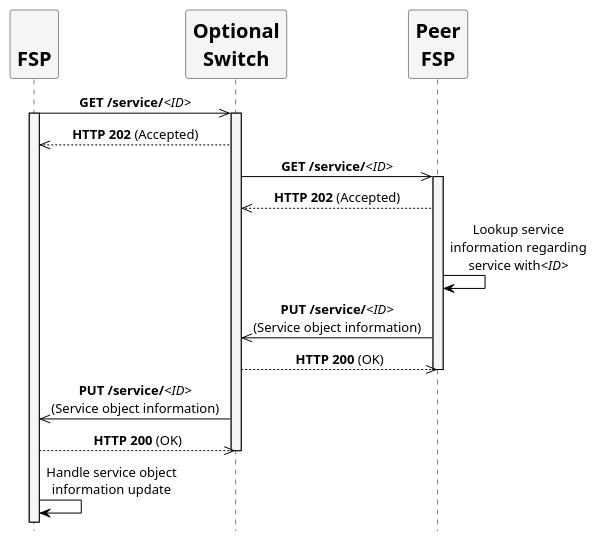
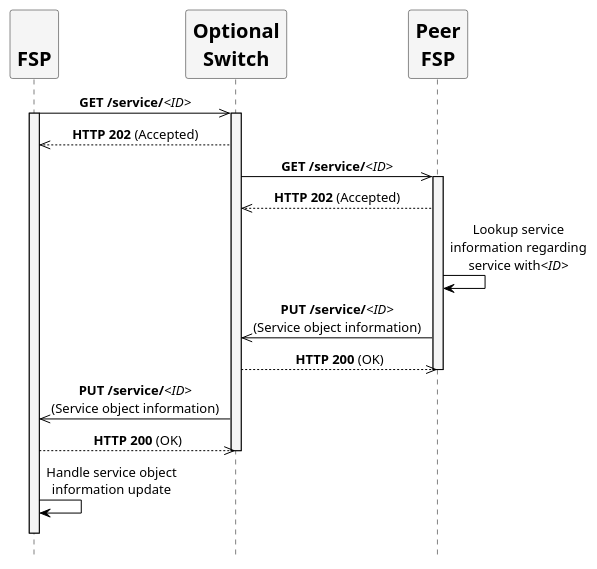
One commit to mojaloop/mojaloop-specification changed the diagram in assets/diagrams/sequence/figure2.plantuml. Above: the diagram before and after it, drawn with PlantUML. The commit also changed 23 other files, not shown here.

```diff
--- a/assets/diagrams/sequence/figure2.plantuml
+++ b/assets/diagrams/sequence/figure2.plantuml
@@ -25,44 +25,45 @@
 @startuml
 ' declare skinparam
 skinparam sequenceMessageAlign center
 skinparam shadowing false
 skinparam defaultFontName Verdana
 skinparam monochrome true
 skinparam SequenceLifeLineBackgroundColor WhiteSmoke
 skinparam SequenceLifeLineBorderColor Black
 skinparam ParticipantFontStyle Bold
 skinparam ParticipantFontSize 20
 skinparam ParticipantBackgroundColor WhiteSmoke
 skinparam ArrowColor Black
 
 hide footbox
 
 ' declare title
 ' title HTTP GET call flow
 
 ' Actor Keys:
 ' participant - FSP, Peer FSP and Optional Switch
 
 ' declare actors
 participant "\nFSP" as FSP
 participant "Optional\nSwitch" as Switch
 participant "Peer\nFSP" as PEERFSP
 
 ' start flow
 FSP ->> Switch: **GET /service/**//<ID>//
 activate FSP
 activate Switch
 FSP <<-- Switch: **HTTP 202** (Accepted)
 Switch ->> PEERFSP: **GET /service/**//<ID>//
 activate PEERFSP
 Switch <<-- PEERFSP: **HTTP 202** (Accepted)
 PEERFSP -> PEERFSP: Lookup service\ninformation regarding\nservice with//<ID>//
 Switch <<- PEERFSP: **PUT /service/**//<ID>//\n(Service object information)
 Switch -->> PEERFSP: **HTTP 200** (OK)
 deactivate PEERFSP
 FSP <<- Switch: **PUT /service/**//<ID>//\n(Service object information)
 FSP -->> Switch: **HTTP 200** (OK)
 deactivate Switch
 FSP -> FSP: Handle service object\ninformation update
-' deactivate FSP
+FSP -[hidden]> FSP
+deactivate FSP
 @enduml
```
